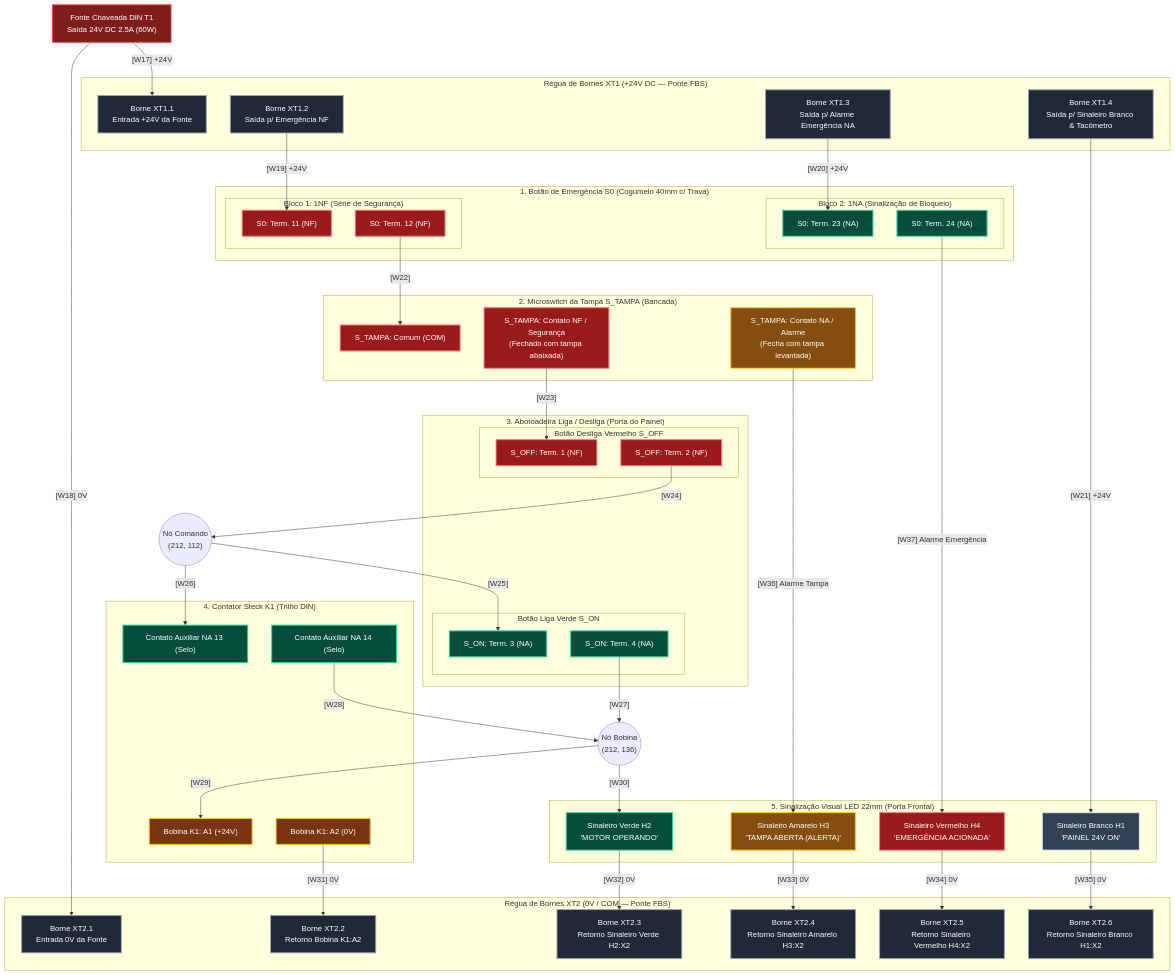
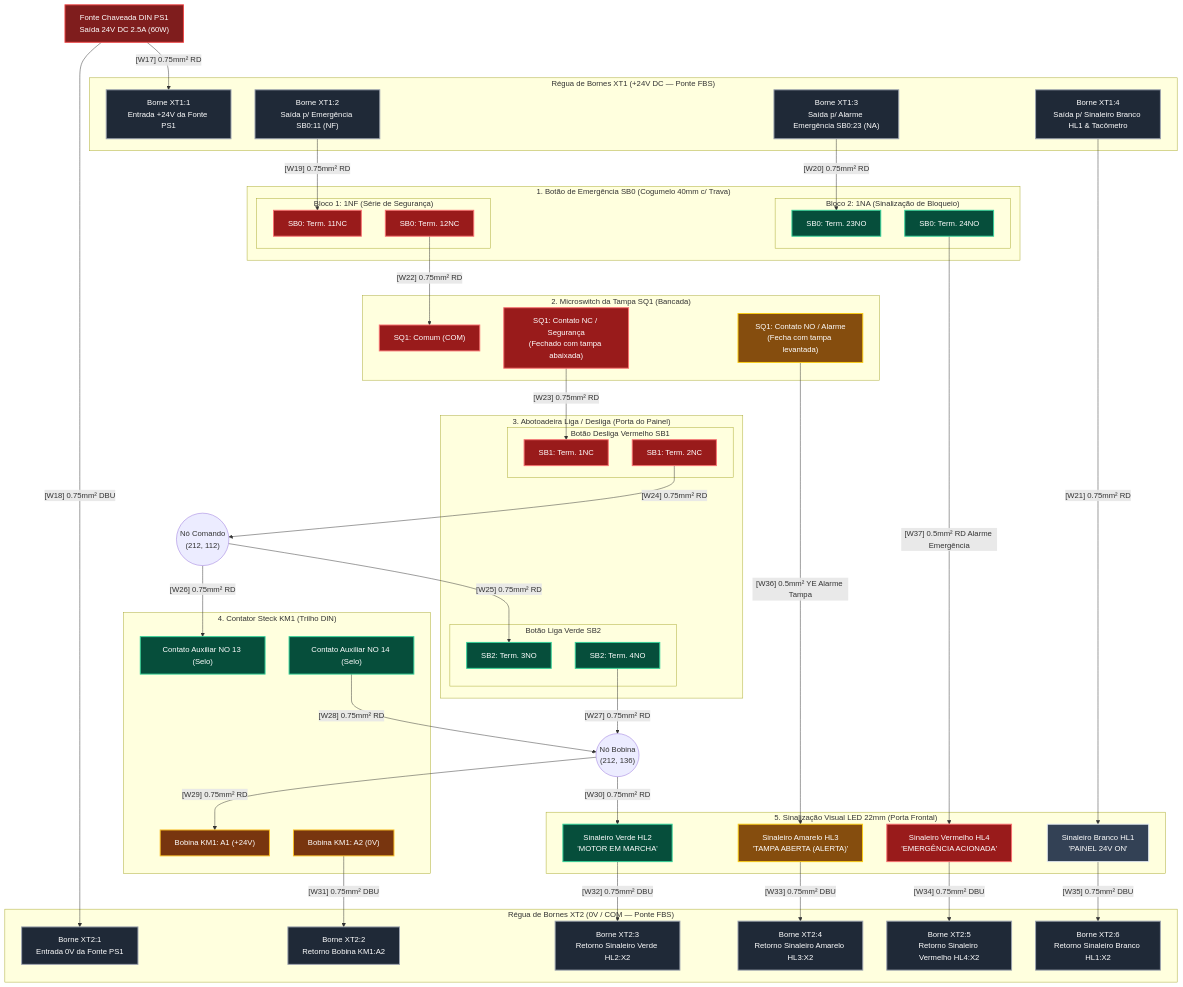
The fourth of 5 diagrams in docs/iot/DIAGRAMAS_ELETRICOS_UNIFILAR_MULTIFILAR.md (Andre-Macedo/amemiya), drawn with Mermaid before and after one commit. The commit also changed other lines of this file and 7 other files, not shown here.

````diff
--- a/docs/iot/DIAGRAMAS_ELETRICOS_UNIFILAR_MULTIFILAR.md
+++ b/docs/iot/DIAGRAMAS_ELETRICOS_UNIFILAR_MULTIFILAR.md
@@ -160,98 +169,98 @@
     classDef yellow fill:#854d0e,stroke:#facc15,stroke-width:2px,color:#fff;
     classDef terminal fill:#1f2937,stroke:#9ca3af,stroke-width:2px,color:#fff;
 
-    FONTE_T1["Fonte Chaveada DIN T1<br/>Saída 24V DC 2.5A (60W)"]:::dc_pos
+    FONTE_PS1["Fonte Chaveada DIN PS1<br/>Saída 24V DC 2.5A (60W)"]:::dc_pos
 
     subgraph REGUA_XT1["Régua de Bornes XT1 (+24V DC — Ponte FBS)"]
-        XT1_1["Borne XT1.1<br/>Entrada +24V da Fonte"]:::terminal
-        XT1_2["Borne XT1.2<br/>Saída p/ Emergência NF"]:::terminal
-        XT1_3["Borne XT1.3<br/>Saída p/ Alarme Emergência NA"]:::terminal
-        XT1_4["Borne XT1.4<br/>Saída p/ Sinaleiro Branco & Tacômetro"]:::terminal
+        XT1_1["Borne XT1:1<br/>Entrada +24V da Fonte PS1"]:::terminal
+        XT1_2["Borne XT1:2<br/>Saída p/ Emergência SB0:11 (NF)"]:::terminal
+        XT1_3["Borne XT1:3<br/>Saída p/ Alarme Emergência SB0:23 (NA)"]:::terminal
+        XT1_4["Borne XT1:4<br/>Saída p/ Sinaleiro Branco HL1 & Tacômetro"]:::terminal
     end
 
     subgraph REGUA_XT2["Régua de Bornes XT2 (0V / COM — Ponte FBS)"]
-        XT2_1["Borne XT2.1<br/>Entrada 0V da Fonte"]:::terminal
-        XT2_2["Borne XT2.2<br/>Retorno Bobina K1:A2"]:::terminal
-        XT2_3["Borne XT2.3<br/>Retorno Sinaleiro Verde H2:X2"]:::terminal
-        XT2_4["Borne XT2.4<br/>Retorno Sinaleiro Amarelo H3:X2"]:::terminal
-        XT2_5["Borne XT2.5<br/>Retorno Sinaleiro Vermelho H4:X2"]:::terminal
-        XT2_6["Borne XT2.6<br/>Retorno Sinaleiro Branco H1:X2"]:::terminal
+        XT2_1["Borne XT2:1<br/>Entrada 0V da Fonte PS1"]:::terminal
+        XT2_2["Borne XT2:2<br/>Retorno Bobina KM1:A2"]:::terminal
+        XT2_3["Borne XT2:3<br/>Retorno Sinaleiro Verde HL2:X2"]:::terminal
+        XT2_4["Borne XT2:4<br/>Retorno Sinaleiro Amarelo HL3:X2"]:::terminal
+        XT2_5["Borne XT2:5<br/>Retorno Sinaleiro Vermelho HL4:X2"]:::terminal
+        XT2_6["Borne XT2:6<br/>Retorno Sinaleiro Branco HL1:X2"]:::terminal
     end
 
-    subgraph SEGURANCA_EMERGENCIA["1. Botão de Emergência S0 (Cogumelo 40mm c/ Trava)"]
+    subgraph SEGURANCA_EMERGENCIA["1. Botão de Emergência SB0 (Cogumelo 40mm c/ Trava)"]
         subgraph BLOCO_EMERG_NF["Bloco 1: 1NF (Série de Segurança)"]
-            S0_11["S0: Term. 11 (NF)"]:::safe
-            S0_12["S0: Term. 12 (NF)"]:::safe
+            SB0_11["SB0: Term. 11NC"]:::safe
+            SB0_12["SB0: Term. 12NC"]:::safe
         end
         subgraph BLOCO_EMERG_NA["Bloco 2: 1NA (Sinalização de Bloqueio)"]
-            S0_23["S0: Term. 23 (NA)"]:::button
-            S0_24["S0: Term. 24 (NA)"]:::button
+            SB0_23["SB0: Term. 23NO"]:::button
+            SB0_24["SB0: Term. 24NO"]:::button
         end
     end
 
-    subgraph SEGURANCA_TAMPA["2. Microswitch da Tampa S_TAMPA (Bancada)"]
-        ST_COM["S_TAMPA: Comum (COM)"]:::safe
-        ST_NC["S_TAMPA: Contato NF / Segurança<br/>(Fechado com tampa abaixada)"]:::safe
-        ST_NO["S_TAMPA: Contato NA / Alarme<br/>(Fecha com tampa levantada)"]:::yellow
+    subgraph SEGURANCA_TAMPA["2. Microswitch da Tampa SQ1 (Bancada)"]
+        SQ_COM["SQ1: Comum (COM)"]:::safe
+        SQ_NC["SQ1: Contato NC / Segurança<br/>(Fechado com tampa abaixada)"]:::safe
+        SQ_NO["SQ1: Contato NO / Alarme<br/>(Fecha com tampa levantada)"]:::yellow
     end
 
     subgraph BOTOES_COMANDO["3. Abotoadeira Liga / Desliga (Porta do Painel)"]
-        subgraph SECAO_DESLIGA["Botão Desliga Vermelho S_OFF"]
-            SOFF_1["S_OFF: Term. 1 (NF)"]:::safe
-            SOFF_2["S_OFF: Term. 2 (NF)"]:::safe
+        subgraph SECAO_DESLIGA["Botão Desliga Vermelho SB1"]
+            SB1_1["SB1: Term. 1NC"]:::safe
+            SB1_2["SB1: Term. 2NC"]:::safe
         end
-        subgraph SECAO_LIGA["Botão Liga Verde S_ON"]
-            SON_3["S_ON: Term. 3 (NA)"]:::button
-            SON_4["S_ON: Term. 4 (NA)"]:::button
+        subgraph SECAO_LIGA["Botão Liga Verde SB2"]
+            SB2_3["SB2: Term. 3NO"]:::button
+            SB2_4["SB2: Term. 4NO"]:::button
         end
     end
 
-    subgraph CONTATOR_K1["4. Contator Steck K1 (Trilho DIN)"]
-        K1_13["Contato Auxiliar NA 13 (Selo)"]:::button
-        K1_14["Contato Auxiliar NA 14 (Selo)"]:::button
-        K1_A1["Bobina K1: A1 (+24V)"]:::coil
-        K1_A2["Bobina K1: A2 (0V)"]:::coil
+    subgraph CONTATOR_KM1["4. Contator Steck KM1 (Trilho DIN)"]
+        KM1_13["Contato Auxiliar NO 13 (Selo)"]:::button
+        KM1_14["Contato Auxiliar NO 14 (Selo)"]:::button
+        KM1_A1["Bobina KM1: A1 (+24V)"]:::coil
+        KM1_A2["Bobina KM1: A2 (0V)"]:::coil
     end
 
     subgraph SINALIZACAO_PAINEL["5. Sinalização Visual LED 22mm (Porta Frontal)"]
-        H1_LED["Sinaleiro Branco H1<br/>'PAINEL 24V ON'"]:::white
-        H2_LED["Sinaleiro Verde H2<br/>'MOTOR OPERANDO'"]:::button
-        H3_LED["Sinaleiro Amarelo H3<br/>'TAMPA ABERTA (ALERTA)'"]:::yellow
-        H4_LED["Sinaleiro Vermelho H4<br/>'EMERGÊNCIA ACIONADA'"]:::safe
+        HL1_LED["Sinaleiro Branco HL1<br/>'PAINEL 24V ON'"]:::white
+        HL2_LED["Sinaleiro Verde HL2<br/>'MOTOR EM MARCHA'"]:::button
+        HL3_LED["Sinaleiro Amarelo HL3<br/>'TAMPA ABERTA (ALERTA)'"]:::yellow
+        HL4_LED["Sinaleiro Vermelho HL4<br/>'EMERGÊNCIA ACIONADA'"]:::safe
     end
 
     %% Alimentação Fonte -> Bornes de Distribuição
-    FONTE_T1 -->|"[W17] +24V"| XT1_1
-    FONTE_T1 -->|"[W18] 0V"| XT2_1
+    FONTE_PS1 -->|"[W17] 0.75mm² RD"| XT1_1
+    FONTE_PS1 -->|"[W18] 0.75mm² DBU"| XT2_1
 
     %% Distribuição XT1 (+24V)
-    XT1_2 -->|"[W19] +24V"| S0_11
-    XT1_3 -->|"[W20] +24V"| S0_23
-    XT1_4 -->|"[W21] +24V"| H1_LED
+    XT1_2 -->|"[W19] 0.75mm² RD"| SB0_11
+    XT1_3 -->|"[W20] 0.75mm² RD"| SB0_23
+    XT1_4 -->|"[W21] 0.75mm² RD"| HL1_LED
 
     %% Cadeia de Segurança em Série (NR-12)
-    S0_12 -->|"[W22]"| ST_COM
-    ST_NC -->|"[W23]"| SOFF_1
-    SOFF_2 -->|"[W24]"| NO_CMD(("Nó Comando<br/>(212, 112)"))
+    SB0_12 -->|"[W22] 0.75mm² RD"| SQ_COM
+    SQ_NC -->|"[W23] 0.75mm² RD"| SB1_1
+    SB1_2 -->|"[W24] 0.75mm² RD"| NO_CMD(("Nó Comando<br/>(212, 112)"))
 
     %% Ramo Liga / Selo em Paralelo
-    NO_CMD -->|"[W25]"| SON_3
-    NO_CMD -->|"[W26]"| K1_13
-    SON_4 -->|"[W27]"| NO_COIL(("Nó Bobina<br/>(212, 136)"))
-    K1_14 -->|"[W28]"| NO_COIL
+    NO_CMD -->|"[W25] 0.75mm² RD"| SB2_3
+    NO_CMD -->|"[W26] 0.75mm² RD"| KM1_13
+    SB2_4 -->|"[W27] 0.75mm² RD"| NO_COIL(("Nó Bobina<br/>(212, 136)"))
+    KM1_14 -->|"[W28] 0.75mm² RD"| NO_COIL
 
     %% Acionamento da Bobina e Sinaleiro Verde (Paralelo)
-    NO_COIL -->|"[W29]"| K1_A1
-    NO_COIL -->|"[W30]"| H2_LED
+    NO_COIL -->|"[W29] 0.75mm² RD"| KM1_A1
+    NO_COIL -->|"[W30] 0.75mm² RD"| HL2_LED
 
     %% Alarmes de Segurança
-    ST_NO -->|"[W36] Alarme Tampa"| H3_LED
-    S0_24 -->|"[W37] Alarme Emergência"| H4_LED
+    SQ_NO -->|"[W36] 0.5mm² YE Alarme Tampa"| HL3_LED
+    SB0_24 -->|"[W37] 0.5mm² RD Alarme Emergência"| HL4_LED
 
     %% Retornos de 0V para a Régua XT2
-    K1_A2 -->|"[W31] 0V"| XT2_2
-    H2_LED -->|"[W32] 0V"| XT2_3
-    H3_LED -->|"[W33] 0V"| XT2_4
-    H4_LED -->|"[W34] 0V"| XT2_5
-    H1_LED -->|"[W35] 0V"| XT2_6
+    KM1_A2 -->|"[W31] 0.75mm² DBU"| XT2_2
+    HL2_LED -->|"[W32] 0.75mm² DBU"| XT2_3
+    HL3_LED -->|"[W33] 0.75mm² DBU"| XT2_4
+    HL4_LED -->|"[W34] 0.75mm² DBU"| XT2_5
+    HL1_LED -->|"[W35] 0.75mm² DBU"| XT2_6
 ```
````
